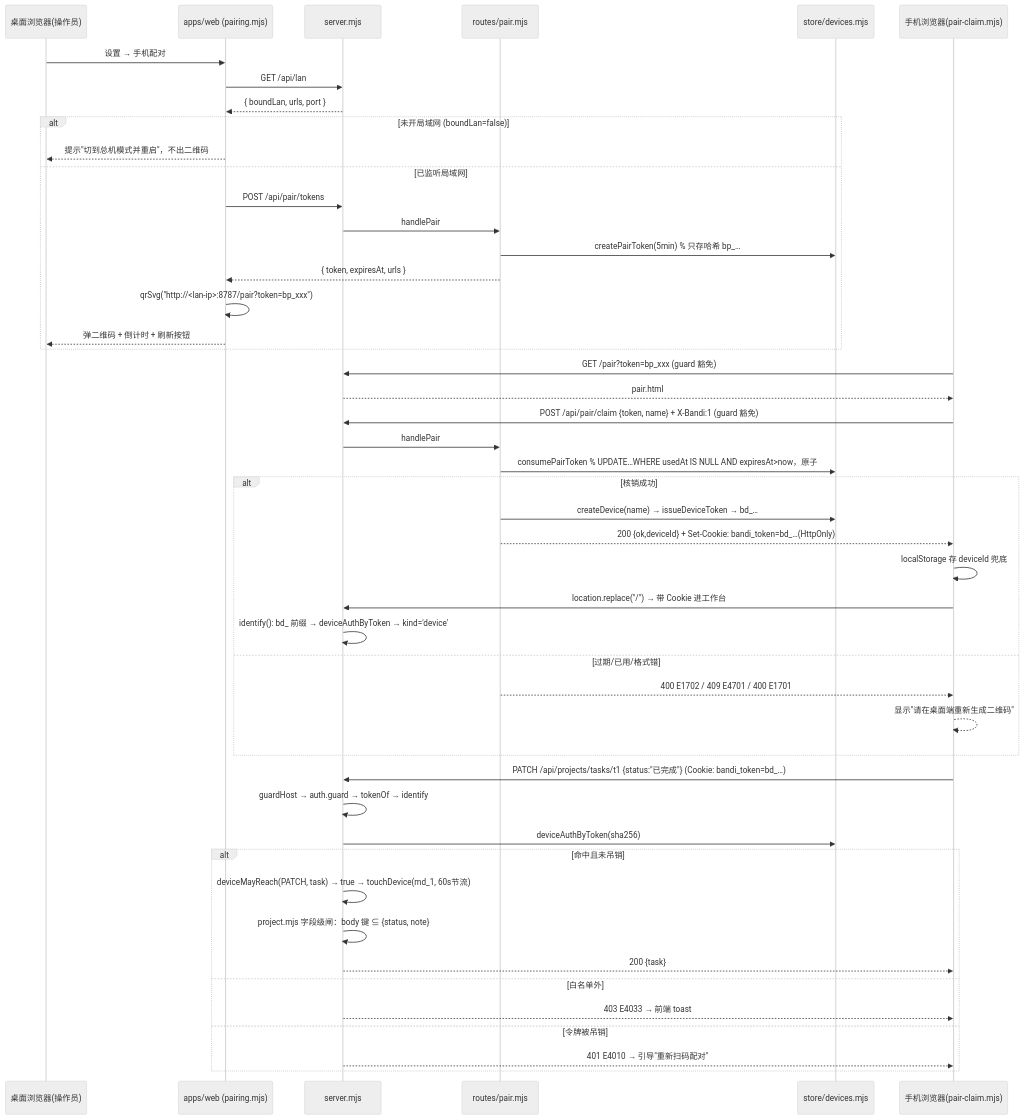
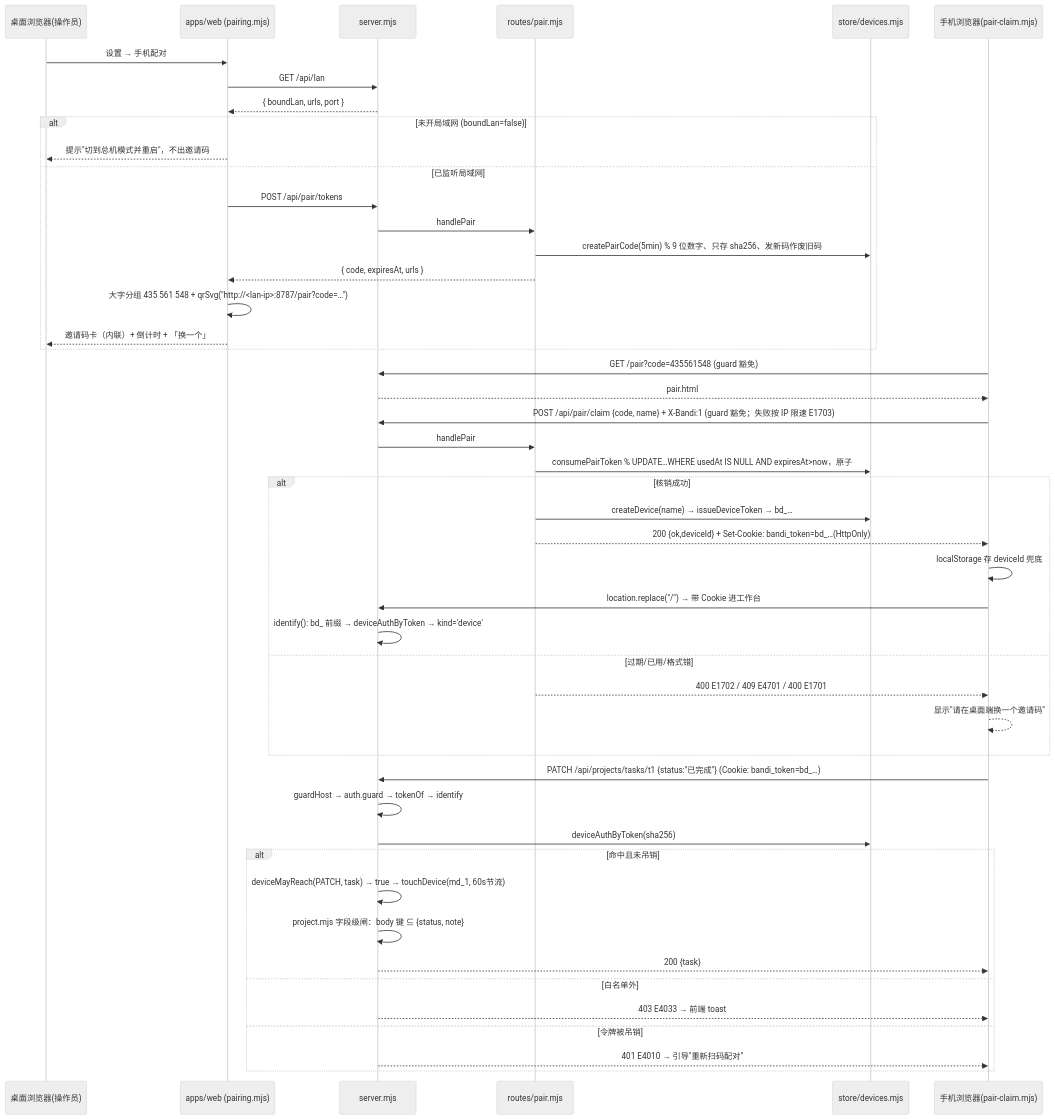
One commit to shepherd-chenxs/bandi changed the diagram in docs/mobile/sequence-diagram.mermaid. Above: the diagram before and after it, drawn with Mermaid (neutral theme). The commit also changed 80 other files, not shown here.

```diff
--- a/docs/mobile/sequence-diagram.mermaid
+++ b/docs/mobile/sequence-diagram.mermaid
@@ -1,51 +1,54 @@
 sequenceDiagram
     participant Op as 桌面浏览器(操作员)
     participant W as apps/web (pairing.mjs)
     participant S as server.mjs
     participant P as routes/pair.mjs
     participant D as store/devices.mjs
     participant Ph as 手机浏览器(pair-claim.mjs)
 
     Op->>W: 设置 → 手机配对
     W->>S: GET /api/lan
     S-->>W: { boundLan, urls, port }
     alt 未开局域网 (boundLan=false)
-        W-->>Op: 提示"切到总机模式并重启"，不出二维码
+        W-->>Op: 提示"切到总机模式并重启"，不出邀请码
     else 已监听局域网
         W->>S: POST /api/pair/tokens
         S->>P: handlePair
-        P->>D: createPairToken(5min)  % 只存哈希 bp_…
-        P-->>W: { token, expiresAt, urls }
-        W->>W: qrSvg("http://<lan-ip>:8787/pair?token=bp_xxx")
-        W-->>Op: 弹二维码 + 倒计时 + 刷新按钮
+        P->>D: createPairCode(5min)  % 9 位数字、只存 sha256、发新码作废旧码
+        P-->>W: { code, expiresAt, urls }
+        W->>W: 大字分组 435 561 548 + qrSvg("http://<lan-ip>:8787/pair?code=…")
+        W-->>Op: 邀请码卡（内联）+ 倒计时 + 「换一个」
     end
 
-    Ph->>S: GET /pair?token=bp_xxx   (guard 豁免)
+    %% 2026-11-01 二改：连接与部署形态无关。扫码（默认）= 二维码自带地址+码；
+    %% 手动 = 地址 + 邀请码两栏都填（局域网也填地址，壳不再发 UDP 广播猜机器）。
+    %% 两条路都落在 /pair?code=…（旧 ?token=bp_… 仍兼容）
+    Ph->>S: GET /pair?code=435561548   (guard 豁免)
     S-->>Ph: pair.html
-    Ph->>S: POST /api/pair/claim {token, name} + X-Bandi:1 (guard 豁免)
+    Ph->>S: POST /api/pair/claim {code, name} + X-Bandi:1 (guard 豁免；失败按 IP 限速 E1703)
     S->>P: handlePair
     P->>D: consumePairToken  % UPDATE…WHERE usedAt IS NULL AND expiresAt>now，原子
     alt 核销成功
         P->>D: createDevice(name) → issueDeviceToken → bd_…
         P-->>Ph: 200 {ok,deviceId} + Set-Cookie: bandi_token=bd_…(HttpOnly)
         Ph->>Ph: localStorage 存 deviceId 兜底
         Ph->>S: location.replace("/") → 带 Cookie 进工作台
         S->>S: identify(): bd_ 前缀 → deviceAuthByToken → kind='device'
     else 过期/已用/格式错
         P-->>Ph: 400 E1702 / 409 E4701 / 400 E1701
-        Ph-->>Ph: 显示"请在桌面端重新生成二维码"
+        Ph-->>Ph: 显示"请在桌面端换一个邀请码"
     end
 
     %% 手机端请求鉴权（以审批一张卡票为例）
     Ph->>S: PATCH /api/projects/tasks/t1 {status:"已完成"} (Cookie: bandi_token=bd_…)
     S->>S: guardHost → auth.guard → tokenOf → identify
     S->>D: deviceAuthByToken(sha256)
     alt 命中且未吊销
         S->>S: deviceMayReach(PATCH, task) → true → touchDevice(md_1, 60s节流)
         S->>S: project.mjs 字段级闸：body 键 ⊆ {status, note}
         S-->>Ph: 200 {task}
     else 白名单外
         S-->>Ph: 403 E4033 → 前端 toast
     else 令牌被吊销
         S-->>Ph: 401 E4010 → 引导"重新扫码配对"
     end
```
